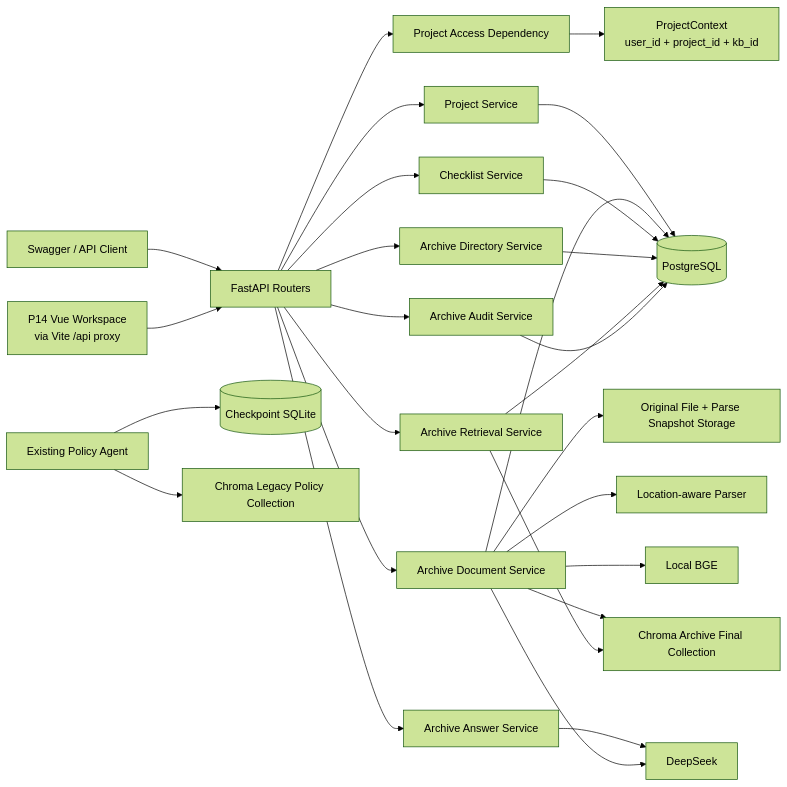
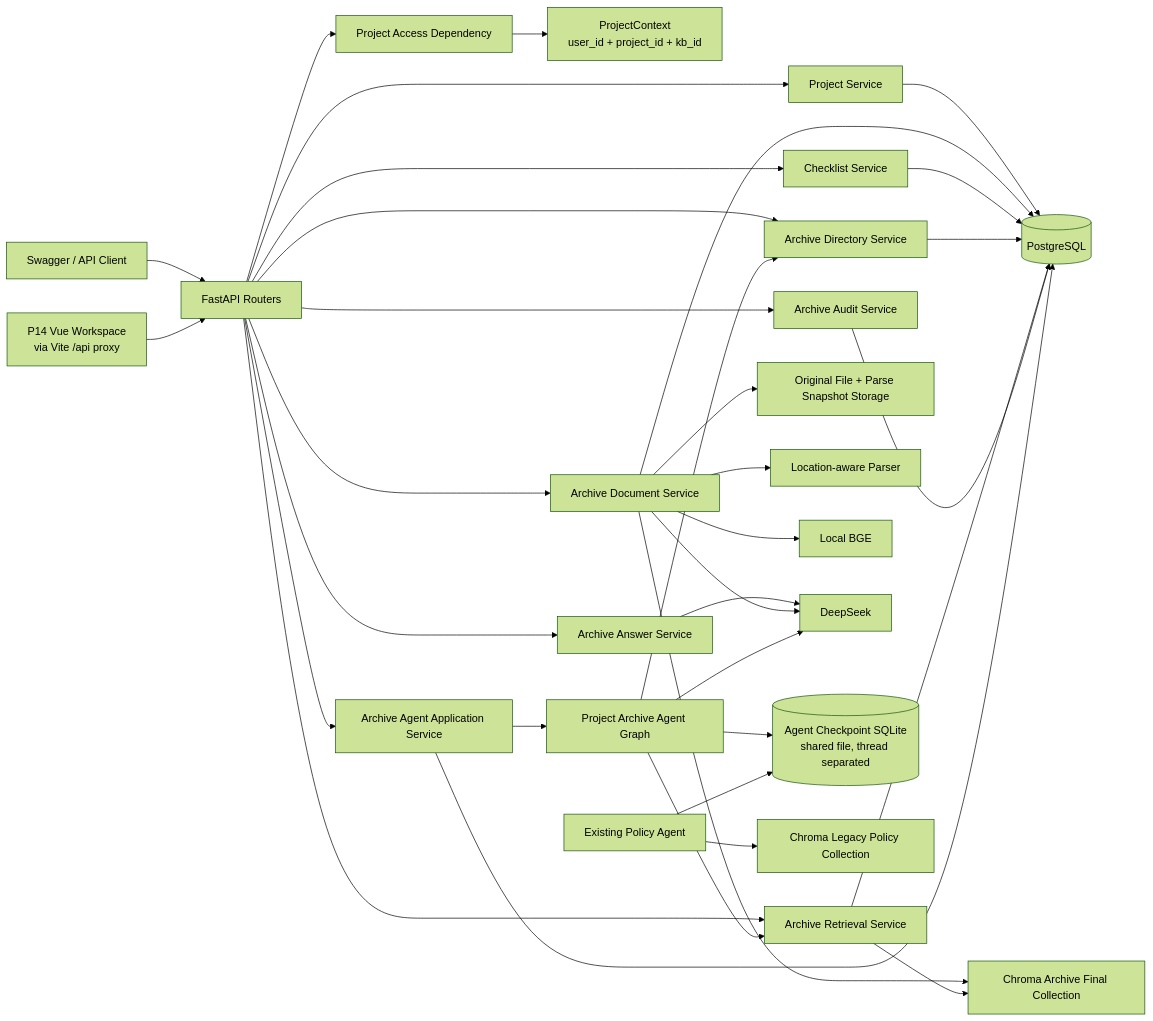
One commit to yabuki-jou/mini-rag changed the first of 6 diagrams in docs/design/技术架构.md. Above: the diagram before and after it, drawn with Mermaid (forest theme). The commit also changed other lines of this file and 20 other files, not shown here.

````diff
--- a/docs/design/技术架构.md
+++ b/docs/design/技术架构.md
@@ -159,33 +179,41 @@
 ```mermaid
 flowchart LR
     Swagger["Swagger / API Client"] --> Router["FastAPI Routers"]
     Vue["P14 Vue Workspace<br/>via Vite /api proxy"] --> Router
     Router --> Access["Project Access Dependency"]
     Access --> Context["ProjectContext<br/>user_id + project_id + kb_id"]
 
     Router --> ProjectSvc["Project Service"]
     Router --> ArchiveSvc["Archive Document Service"]
     Router --> ChecklistSvc["Checklist Service"]
     Router --> DirectorySvc["Archive Directory Service"]
     Router --> RetrieveSvc["Archive Retrieval Service"]
     Router --> AnswerSvc["Archive Answer Service"]
     Router --> AuditSvc["Archive Audit Service"]
+    Router --> ArchiveAgentSvc["Archive Agent Application Service"]
 
     ProjectSvc --> PG[("PostgreSQL")]
     ArchiveSvc --> PG
     ChecklistSvc --> PG
     DirectorySvc --> PG
     RetrieveSvc --> PG
     AuditSvc --> PG
 
     ArchiveSvc --> Files["Original File + Parse Snapshot Storage"]
     ArchiveSvc --> Parser["Location-aware Parser"]
     ArchiveSvc --> Embed["Local BGE"]
     ArchiveSvc --> Vector["Chroma Archive Final Collection"]
     RetrieveSvc --> Vector
     AnswerSvc --> DeepSeek["DeepSeek"]
     ArchiveSvc --> DeepSeek
 
-    LegacyAgent["Existing Policy Agent"] --> Checkpoint[("Checkpoint SQLite")]
+    ArchiveAgentSvc --> PG
+    ArchiveAgentSvc --> ArchiveGraph["Project Archive Agent Graph"]
+    ArchiveGraph --> SharedCheckpoint[("Agent Checkpoint SQLite\nshared file, thread separated")]
+    ArchiveGraph --> DirectorySvc
+    ArchiveGraph --> RetrieveSvc
+    ArchiveGraph --> DeepSeek
+
+    LegacyAgent["Existing Policy Agent"] --> SharedCheckpoint
     LegacyAgent --> LegacyVector["Chroma Legacy Policy Collection"]
 ```
````
